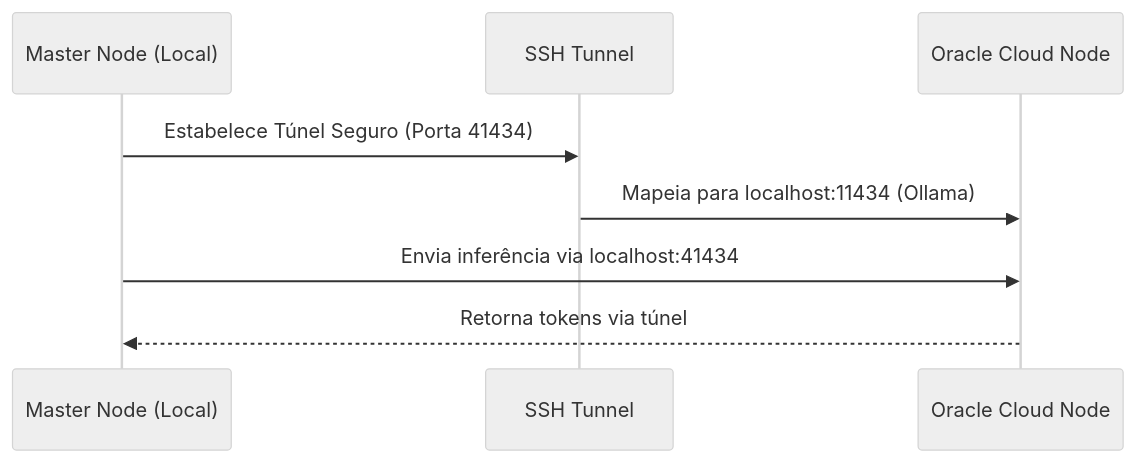
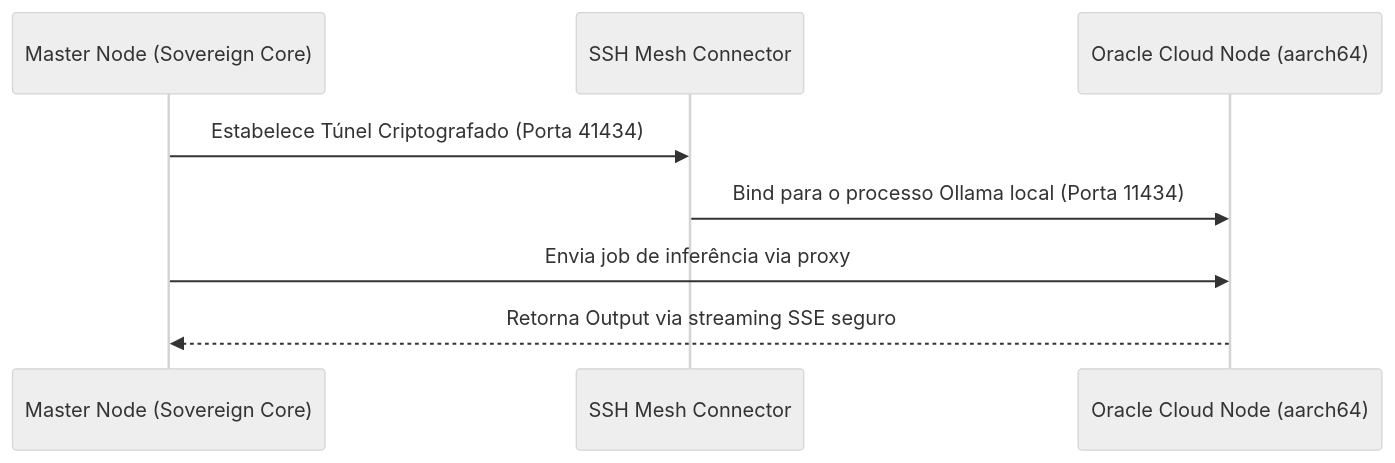
Before and after one commit to personal-digital-sovereignty/sovereign-pair: the second of 2 diagrams in docs/engineering/BLUEPRINT.md, drawn with Mermaid (neutral theme). The commit also changed other lines of this file and 12 other files, not shown here.

````diff
--- a/docs/engineering/BLUEPRINT.md
+++ b/docs/engineering/BLUEPRINT.md
@@ -91,11 +77,11 @@
 ```mermaid
 sequenceDiagram
-    participant Local as Master Node (Local)
-    participant SSH as SSH Tunnel
-    participant OCI as Oracle Cloud Node
+    participant Local as Master Node (Sovereign Core)
+    participant SSH as SSH Mesh Connector
+    participant OCI as Oracle Cloud Node (aarch64)
     
-    Local->>SSH: Estabelece Túnel Seguro (Porta 41434)
-    SSH->>OCI: Mapeia para localhost:11434 (Ollama)
-    Local->>OCI: Envia inferência via localhost:41434
-    OCI-->>Local: Retorna tokens via túnel
+    Local->>SSH: Estabelece Túnel Criptografado (Porta 41434)
+    SSH->>OCI: Bind para o processo Ollama local (Porta 11434)
+    Local->>OCI: Envia job de inferência via proxy
+    OCI-->>Local: Retorna Output via streaming SSE seguro
 ```
````
